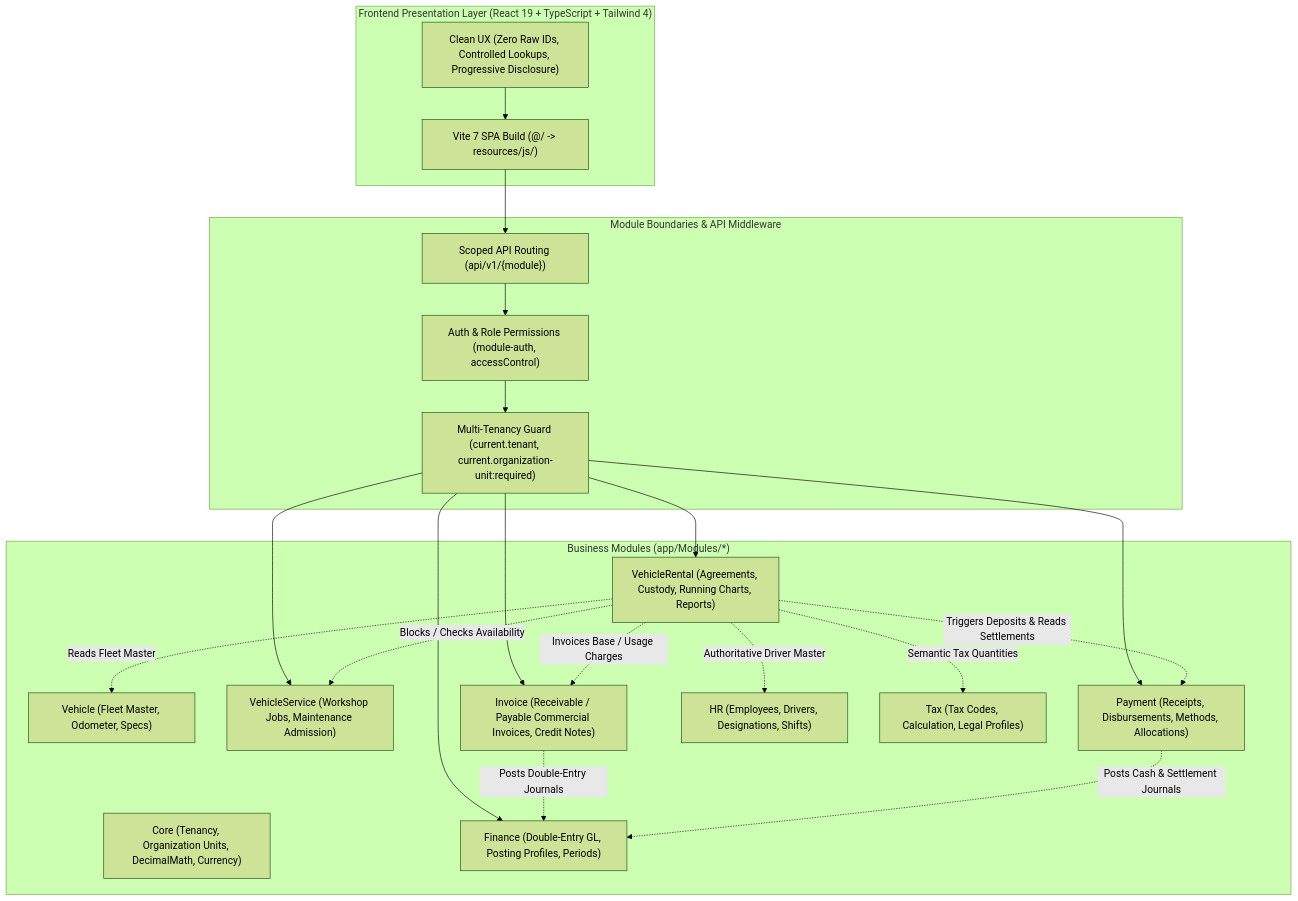
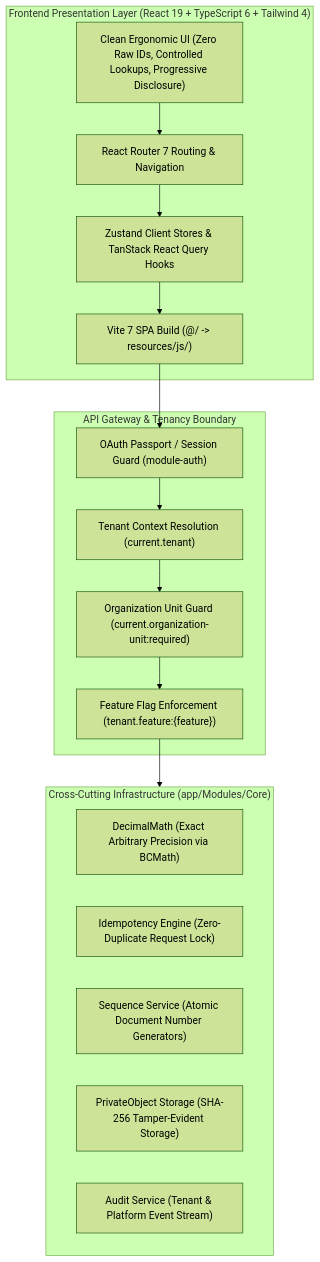
Before and after one commit to kasunvimarshana/AutoERP: the first of 4 diagrams in docs/knowledgebase.md, drawn with Mermaid (forest theme). The commit also changed other lines of this file and 1 other file, not shown here.

Commit message:
docs: rewrite canonical enterprise knowledge base for entire AutoERP system

````diff
--- a/docs/knowledgebase.md
+++ b/docs/knowledgebase.md
@@ -50,44 +55,33 @@
 ```mermaid
 flowchart TD
-    subgraph Client["Frontend Presentation Layer (React 19 + TypeScript + Tailwind 4)"]
-        UI["Clean UX (Zero Raw IDs, Controlled Lookups, Progressive Disclosure)"]
+    subgraph Client["Frontend Presentation Layer (React 19 + TypeScript 6 + Tailwind 4)"]
+        UI["Clean Ergonomic UI (Zero Raw IDs, Controlled Lookups, Progressive Disclosure)"]
+        ROUTER["React Router 7 Routing & Navigation"]
+        STATE["Zustand Client Stores & TanStack React Query Hooks"]
         VITE["Vite 7 SPA Build (@/ -> resources/js/)"]
-        UI --> VITE
+        UI --> ROUTER
+        ROUTER --> STATE
+        STATE --> VITE
     end
 
-    subgraph Boundaries["Module Boundaries & API Middleware"]
-        AUTH["Auth & Role Permissions (module-auth, accessControl)"]
-        TENANT["Multi-Tenancy Guard (current.tenant, current.organization-unit:required)"]
-        ROUTING["Scoped API Routing (api/v1/{module})"]
-        VITE --> ROUTING
-        ROUTING --> AUTH
-        AUTH --> TENANT
+    subgraph Middleware["API Gateway & Tenancy Boundary"]
+        AUTH_MID["OAuth Passport / Session Guard (module-auth)"]
+        TENANT_MID["Tenant Context Resolution (current.tenant)"]
+        ORG_MID["Organization Unit Guard (current.organization-unit:required)"]
+        FEATURE_MID["Feature Flag Enforcement (tenant.feature:{feature})"]
+        VITE --> AUTH_MID
+        AUTH_MID --> TENANT_MID
+        TENANT_MID --> ORG_MID
+        ORG_MID --> FEATURE_MID
     end
 
-    subgraph Modules["Business Modules (app/Modules/*)"]
-        CORE["Core (Tenancy, Organization Units, DecimalMath, Currency)"]
-        RENTAL["VehicleRental (Agreements, Custody, Running Charts, Reports)"]
-        VEH["Vehicle (Fleet Master, Odometer, Specs)"]
-        VS["VehicleService (Workshop Jobs, Maintenance Admission)"]
-        INV["Invoice (Receivable / Payable Commercial Invoices, Credit Notes)"]
-        PAY["Payment (Receipts, Disbursements, Methods, Allocations)"]
-        FIN["Finance (Double-Entry GL, Posting Profiles, Periods)"]
-        HR["HR (Employees, Drivers, Designations, Shifts)"]
-        TAX["Tax (Tax Codes, Calculation, Legal Profiles)"]
+    subgraph CoreServices["Cross-Cutting Infrastructure (app/Modules/Core)"]
+        DECIMAL["DecimalMath (Exact Arbitrary Precision via BCMath)"]
+        IDEMP["Idempotency Engine (Zero-Duplicate Request Lock)"]
+        SEQ["Sequence Service (Atomic Document Number Generators)"]
+        PRIV["PrivateObject Storage (SHA-256 Tamper-Evident Storage)"]
+        AUDIT["Audit Service (Tenant & Platform Event Stream)"]
     end
 
-    TENANT --> RENTAL
-    TENANT --> VS
-    TENANT --> INV
-    TENANT --> PAY
-    TENANT --> FIN
-
-    RENTAL -.->|Reads Fleet Master| VEH
-    RENTAL -.->|Blocks / Checks Availability| VS
-    RENTAL -.->|Invoices Base / Usage Charges| INV
-    RENTAL -.->|Triggers Deposits & Reads Settlements| PAY
-    RENTAL -.->|Authoritative Driver Master| HR
-    RENTAL -.->|Semantic Tax Quantities| TAX
-    INV -.->|Posts Double-Entry Journals| FIN
-    PAY -.->|Posts Cash & Settlement Journals| FIN
+    FEATURE_MID --> CoreServices
 ```
````
